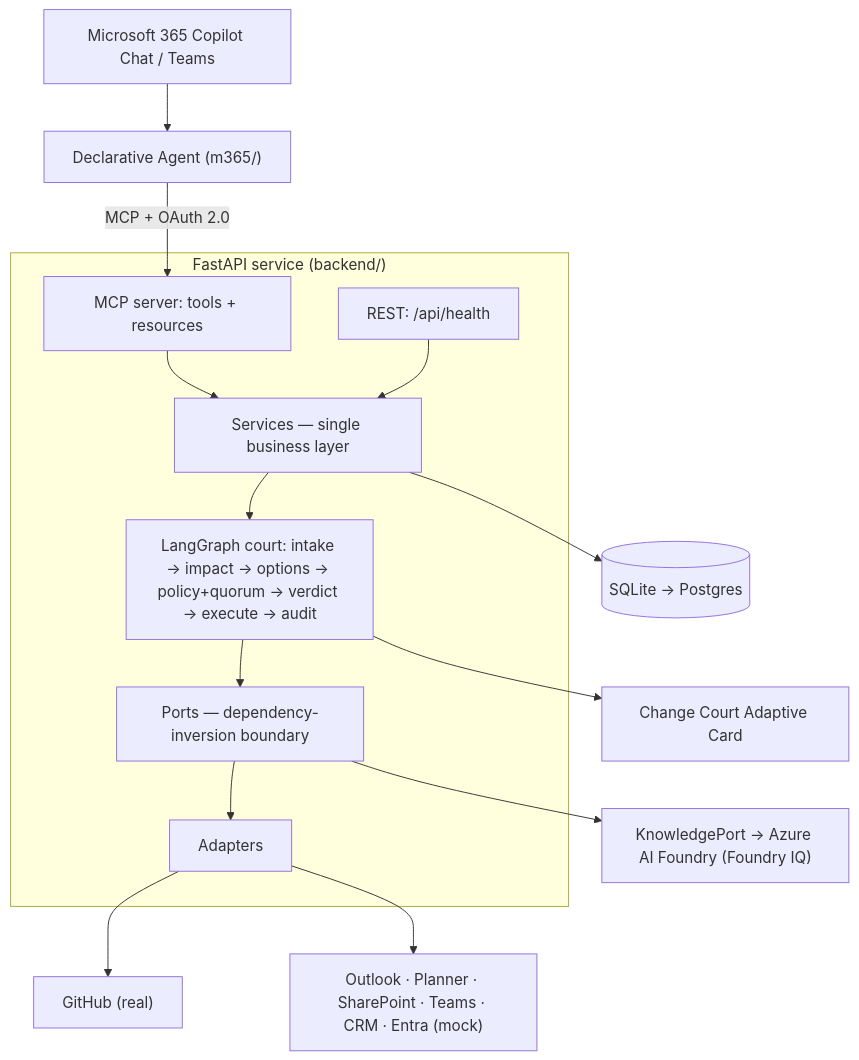
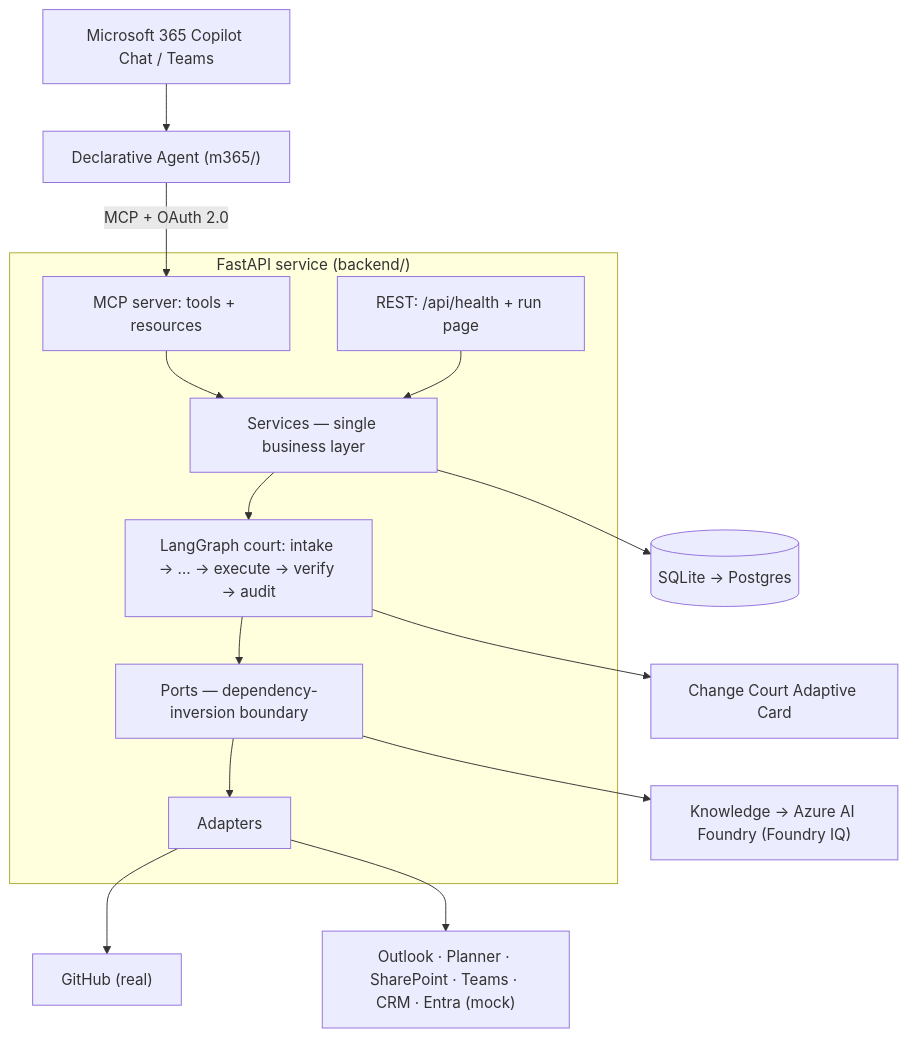
Before and after one commit to jieyao-MilestoneHub/m365-teams-smooth: the diagram in README.md, drawn with Mermaid. The commit also changed other lines of this file and 68 other files, not shown here.

````diff
--- a/README.md
+++ b/README.md
@@ -92,17 +81,17 @@
 ```mermaid
 flowchart TB
   Copilot["Microsoft 365 Copilot Chat / Teams"] --> DA["Declarative Agent (m365/)"]
   DA -- "MCP + OAuth 2.0" --> MCP["MCP server: tools + resources"]
   subgraph Backend["FastAPI service (backend/)"]
     MCP --> SVC["Services — single business layer"]
-    REST["REST: /api/health"] --> SVC
-    SVC --> AGENT["LangGraph court: intake → impact → options → policy+quorum → verdict → execute → audit"]
+    REST["REST: /api/health + run page"] --> SVC
+    SVC --> AGENT["LangGraph court: intake → … → execute → verify → audit"]
     AGENT --> PORTS["Ports — dependency-inversion boundary"]
     PORTS --> ADAPTERS["Adapters"]
   end
   ADAPTERS --> GH["GitHub (real)"]
   ADAPTERS --> MOCKS["Outlook · Planner · SharePoint · Teams · CRM · Entra (mock)"]
-  PORTS --> KNOW["KnowledgePort → Azure AI Foundry (Foundry IQ)"]
+  PORTS --> KNOW["Knowledge → Azure AI Foundry (Foundry IQ)"]
   AGENT --> CARD["Change Court Adaptive Card"]
   SVC --> DB[("SQLite → Postgres")]
 ```
````
